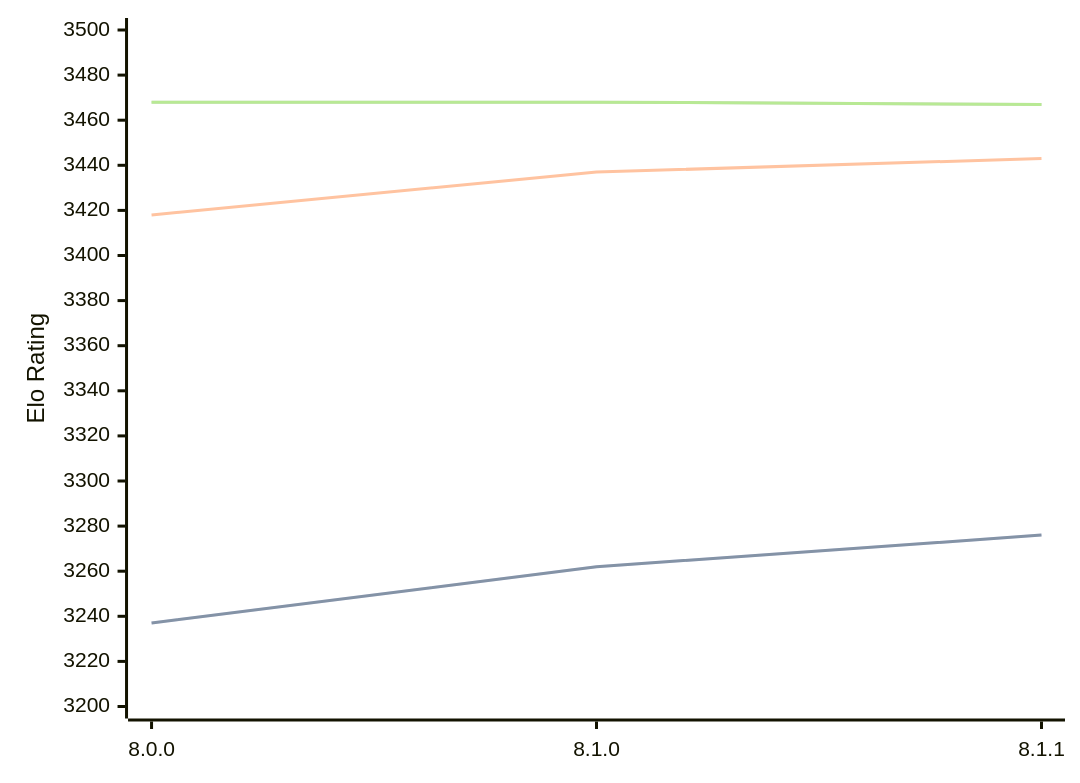
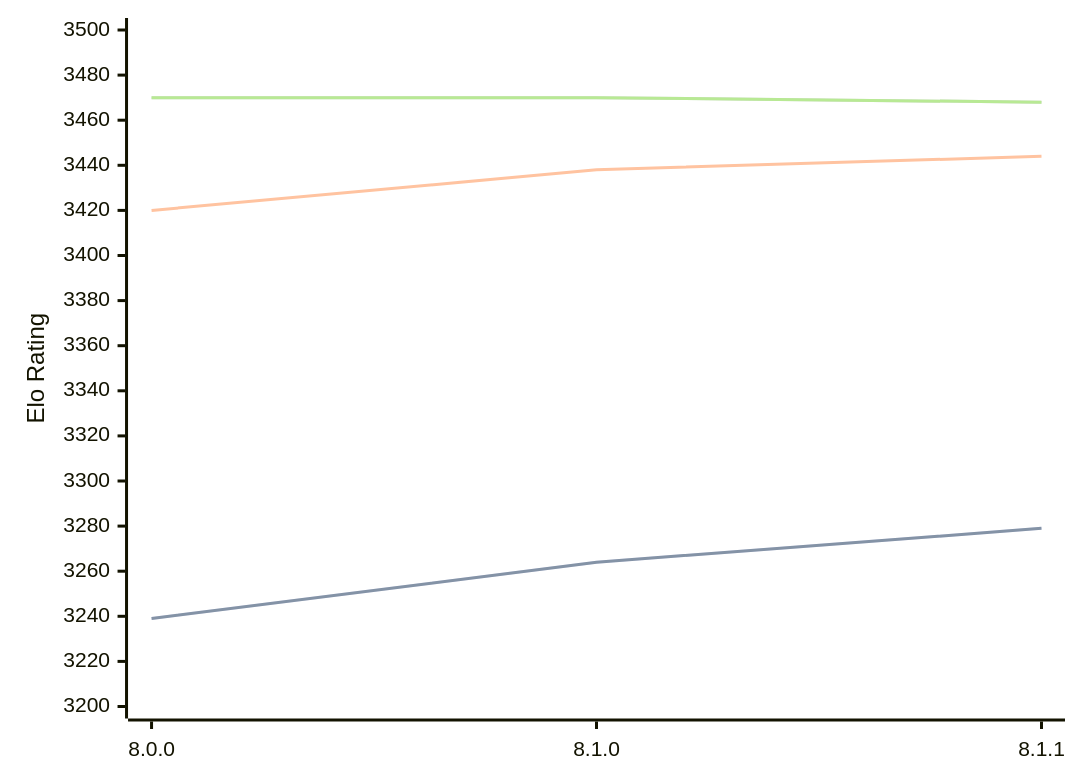
Before and after one commit to computer-chess-index/cci: the diagram in engines/Velvet.md, drawn with Mermaid. The commit also changed other lines of this file, not shown here.

Commit message:
Update CCI Ratings (ELO VLTC) - 2026-08-23

````diff
--- a/engines/Velvet.md
+++ b/engines/Velvet.md
@@ -33,11 +33,11 @@
 ```mermaid
 %%{init: {"theme":"base","themeVariables":{"seriesColors:['#a3a3a3','#222221','#faa371']}}}%%
 xychart-beta
   x-axis ["8.0.0", "8.1.0", "8.1.1"]
   y-axis "Elo Rating" 3200 --> 3500
-  line "STC (8.0+0.08s)" [3237, 3262, 3276]
-  line "STC (8.0+0.08s)" [3237, 3262, 3276]
-  line "LTC (60.0+0.60s)" [3418, 3437, 3443]
-  line "VLTC (2m24s+1.12s)" [3468, 3468, 3467]
-  line "VLTC (2m24s+1.12s)" [3468, 3468, 3467]
+  line "STC (8.0+0.08s)" [3239, 3264, 3279]
+  line "STC (8.0+0.08s)" [3239, 3264, 3279]
+  line "LTC (60.0+0.60s)" [3420, 3438, 3444]
+  line "VLTC (2m24s+1.12s)" [3470, 3470, 3468]
+  line "VLTC (2m24s+1.12s)" [3470, 3470, 3468]
 ```
````
